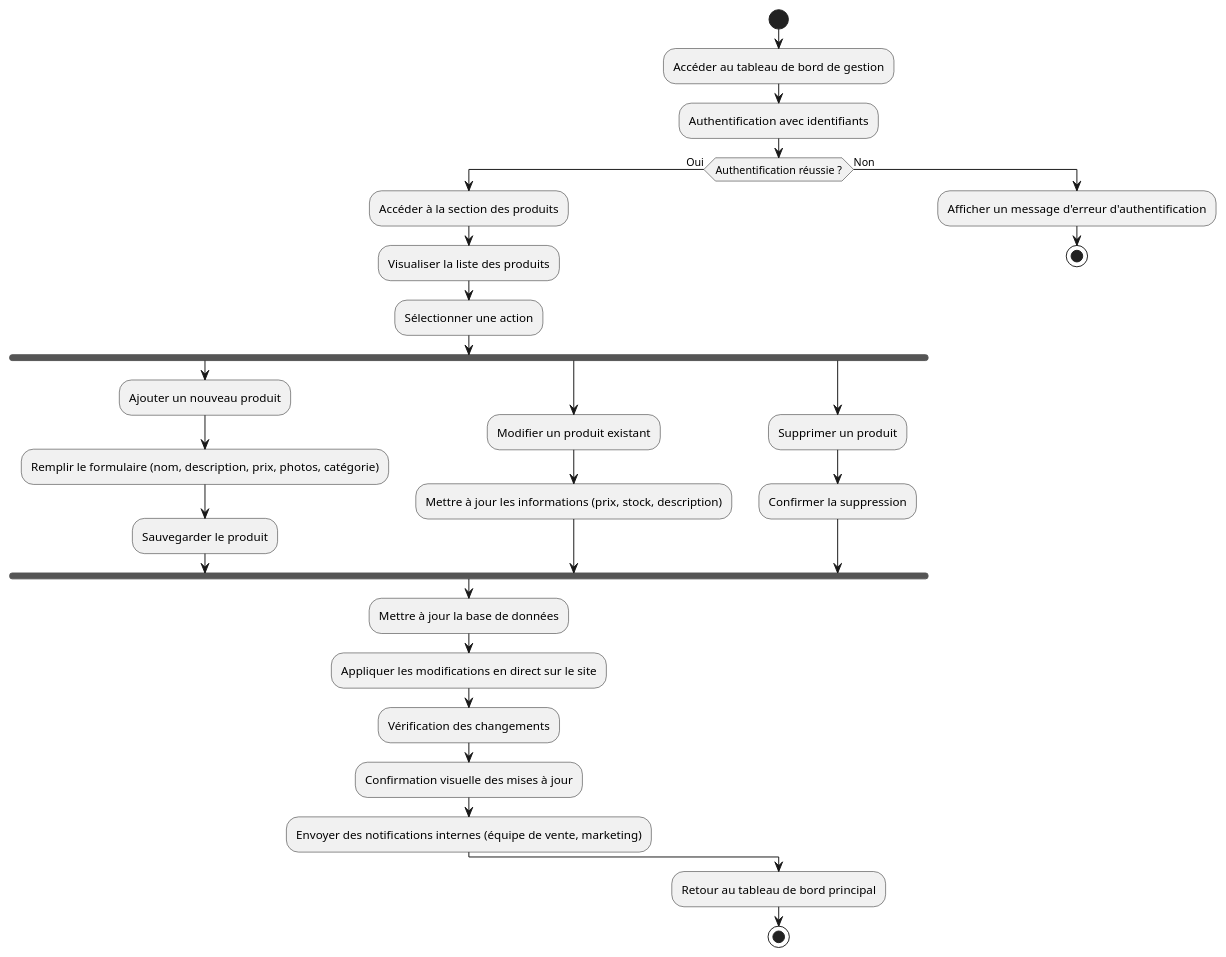
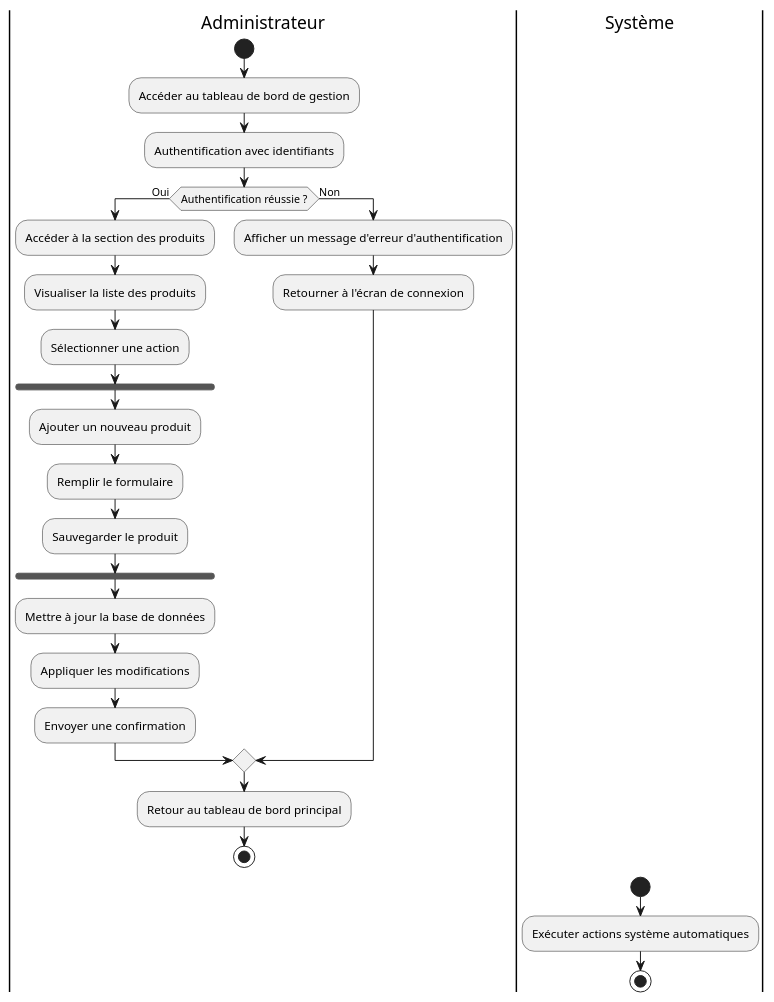
Before and after one commit to GEVIC21/Soutenance_documents: the diagram in DiagramActivite.puml, drawn with PlantUML. The commit also changed 11 other files, not shown here.

Commit message:
Diagramme de classe

```diff
--- a/DiagramActivite.puml
+++ b/DiagramActivite.puml
@@ -1,40 +4,29 @@
 @startuml
-
-
 |Administrateur|
 start
 :Accéder au tableau de bord de gestion;
-
 :Authentification avec identifiants;
 if (Authentification réussie ?) then (Oui)
-    :Accéder à la section des produits;
-    :Visualiser la liste des produits;
-
-    :Sélectionner une action;
-    fork
+  :Accéder à la section des produits;
+  :Visualiser la liste des produits;
+  :Sélectionner une action;
+  fork
     :Ajouter un nouveau produit;
-    :Remplir le formulaire (nom, description, prix, photos, catégorie);
+    :Remplir le formulaire;
     :Sauvegarder le produit;
-    fork again
-    :Modifier un produit existant;
-    :Mettre à jour les informations (prix, stock, description);
-    fork again
-    :Supprimer un produit;
-    :Confirmer la suppression;
-    end fork
-
-    :Mettre à jour la base de données;
-    :Appliquer les modifications en direct sur le site;
-
-    :Vérification des changements;
-    :Confirmation visuelle des mises à jour;
-    :Envoyer des notifications internes (équipe de vente, marketing);
-
+  end fork
+  :Mettre à jour la base de données;
+  :Appliquer les modifications;
+  :Envoyer une confirmation;
 else (Non)
-    :Afficher un message d'erreur d'authentification;
-    stop
+  :Afficher un message d'erreur d'authentification;
+  :Retourner à l'écran de connexion;
 endif
-
 :Retour au tableau de bord principal;
 stop
+
+|Système|
+start
+:Exécuter actions système automatiques;
+stop
 @enduml
```
